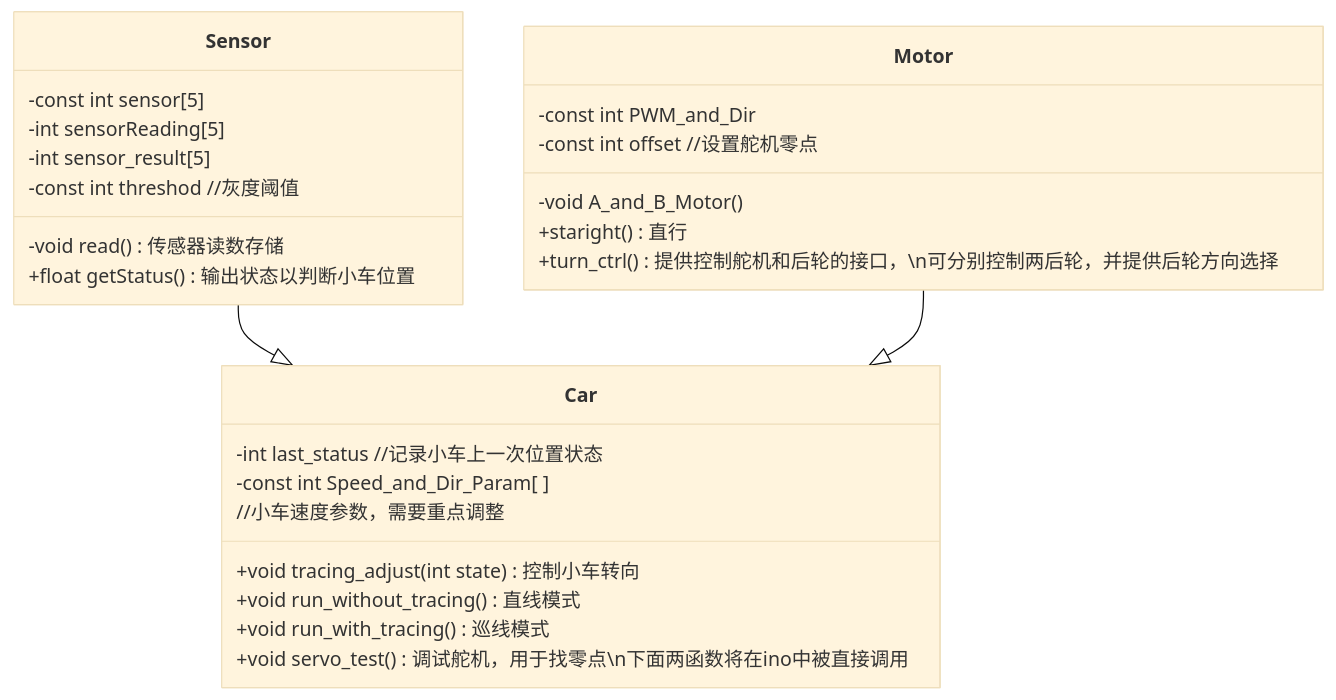
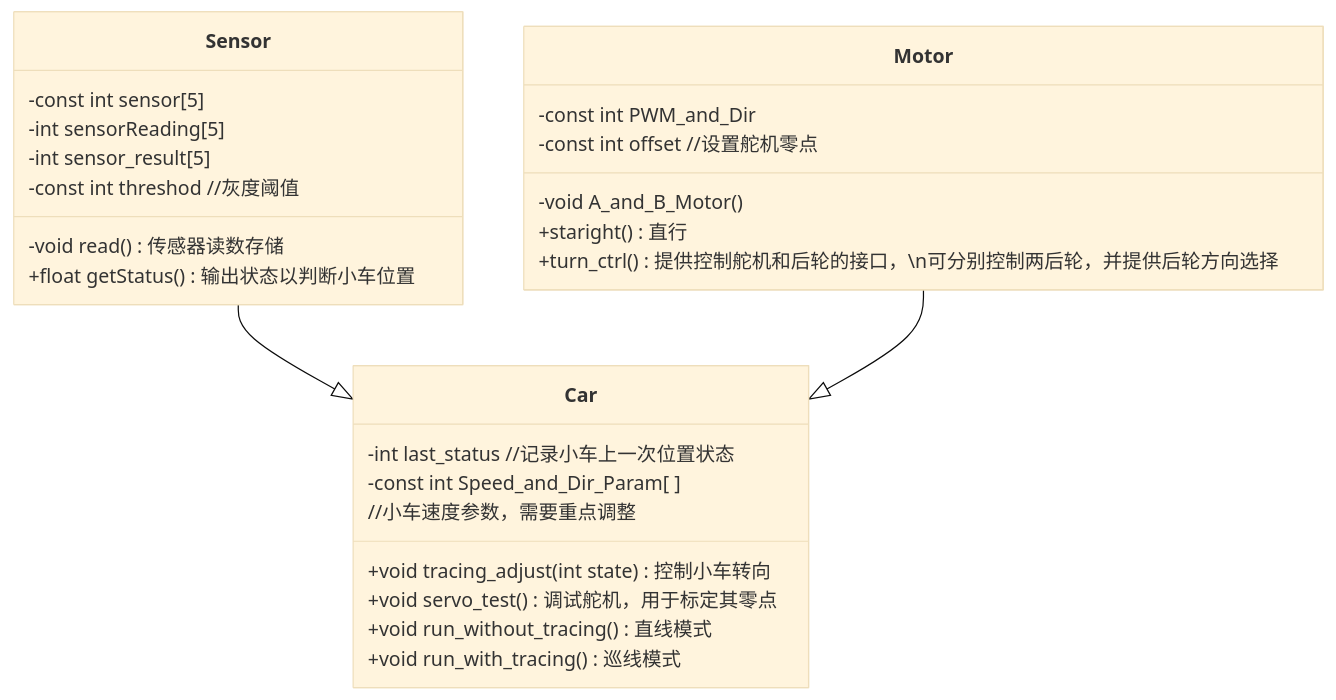
Before and after one commit to 0kitasan/TracingCar: the first of 2 diagrams in README.md, drawn with Mermaid (base theme).

Commit message:
mermaid-final

````diff
--- a/README.md
+++ b/README.md
@@ -11,29 +11,29 @@
 ``` mermaid
 classDiagram
     Sensor --|> Car
     Motor --|> Car
     class Sensor{
         -const int sensor[5]
         -int sensorReading[5]
         -int sensor_result[5]
         -const int threshod //灰度阈值
         -void read() 传感器读数存储
         +float getStatus() 输出状态以判断小车位置
     }
     class Motor{
         -const int PWM_and_Dir
         -const int offset //设置舵机零点
         -void A_and_B_Motor()
         +staright() 直行
         +turn_ctrl() 提供控制舵机和后轮的接口，\n可分别控制两后轮，并提供后轮方向选择
     }
     class Car{
         -int last_status //记录小车上一次位置状态
         -const int Speed_and_Dir_Param[ ] 
         //小车速度参数，需要重点调整
         +void tracing_adjust(int state) 控制小车转向
+        +void servo_test() 调试舵机，用于标定其零点
         +void run_without_tracing() 直线模式
         +void run_with_tracing() 巡线模式
-        +void servo_test() 调试舵机，用于找零点\n下面两函数将在ino中被直接调用
     }
 ```
````
